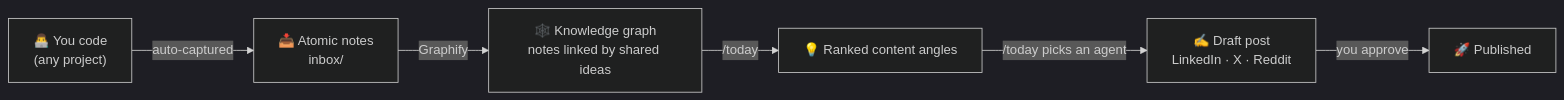
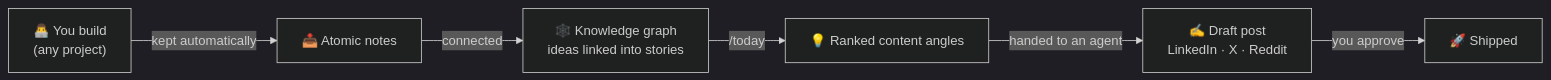
The diagram in README.md (FrancescoBellingeri/second-brain-template), drawn with Mermaid (dark theme) before and after one commit. The commit also changed other lines of this file and 4 other files, not shown here.

````diff
--- a/README.md
+++ b/README.md
@@ -47,8 +65,8 @@
 ```mermaid
 flowchart LR
-    A["👨‍💻 You code<br/>(any project)"] -->|auto-captured| B["📥 Atomic notes<br/>inbox/"]
-    B -->|Graphify| C["🕸️ Knowledge graph<br/>notes linked by shared ideas"]
+    A["👨‍💻 You build<br/>(any project)"] -->|kept automatically| B["📥 Atomic notes"]
+    B -->|connected| C["🕸️ Knowledge graph<br/>ideas linked into stories"]
     C -->|/today| D["💡 Ranked content angles"]
-    D -->|/today picks an agent| E["✍️ Draft post<br/>LinkedIn · X · Reddit"]
-    E -->|you approve| F["🚀 Published"]
+    D -->|handed to an agent| E["✍️ Draft post<br/>LinkedIn · X · Reddit"]
+    E -->|you approve| F["🚀 Shipped"]
 ```
````
